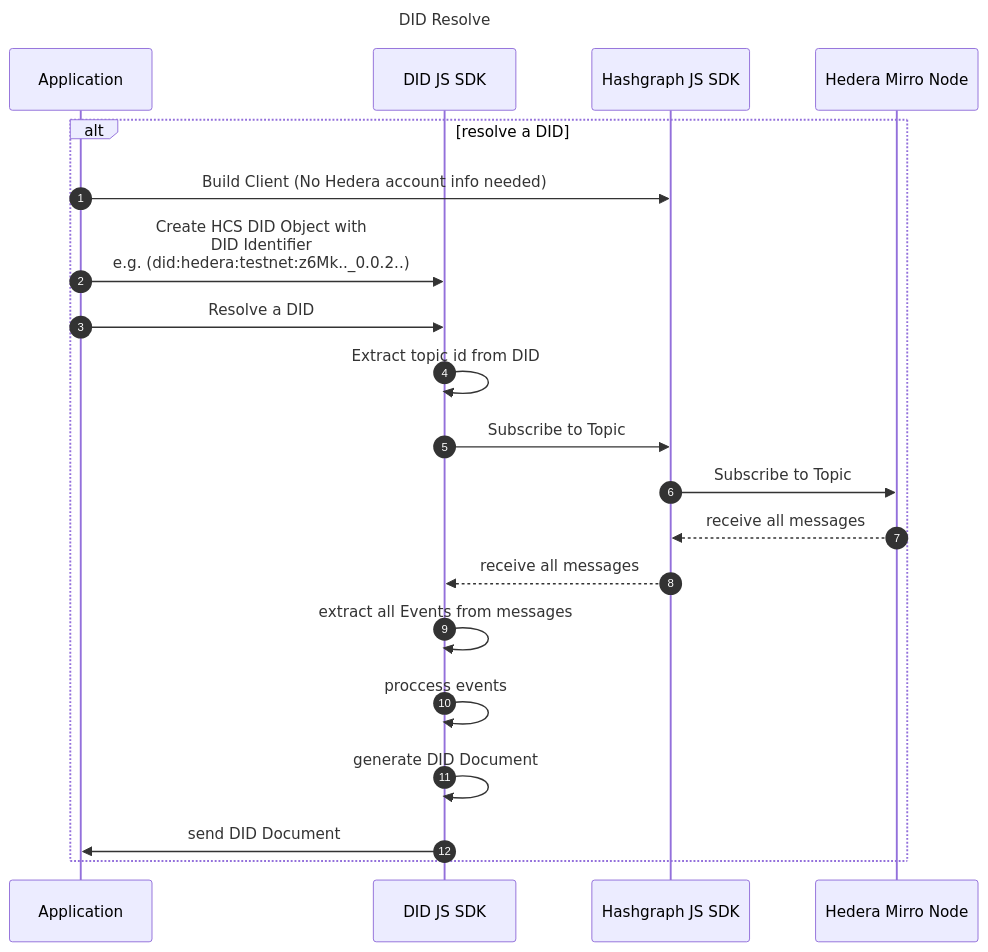
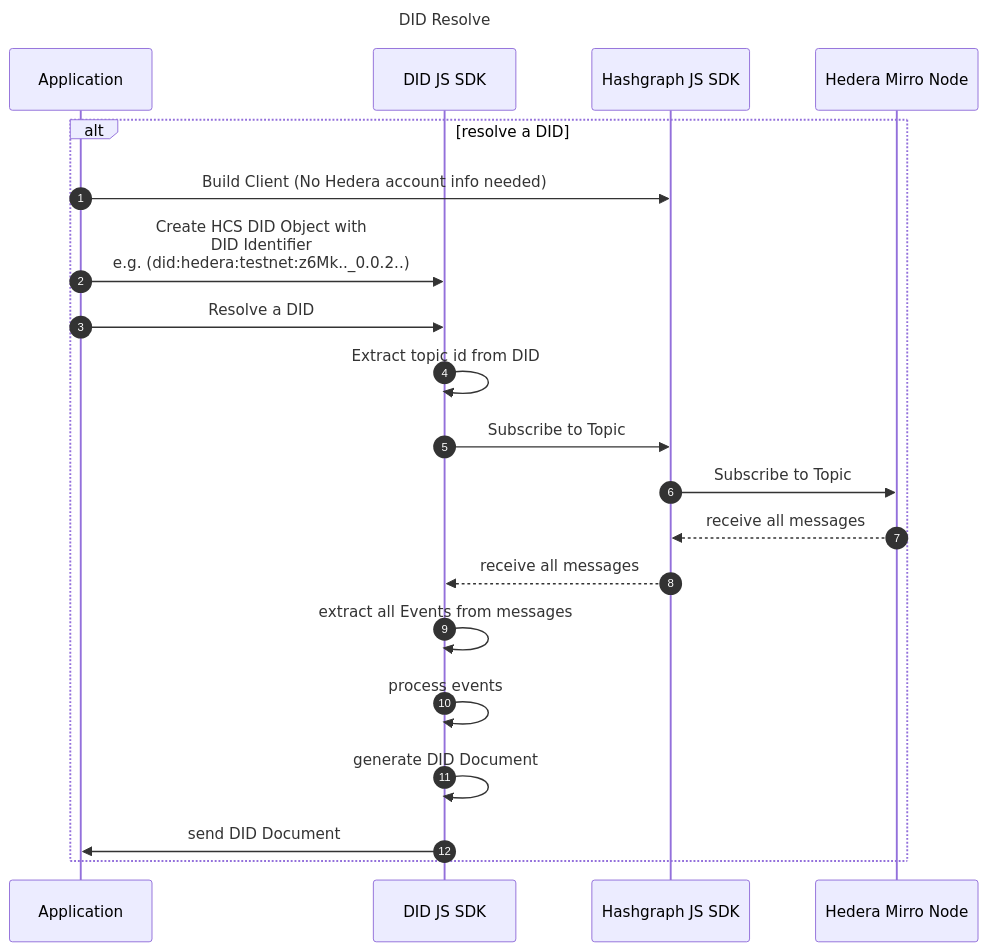
The diagram in documentation/sequence_diagram/did-resolve.mmd (hashgraph/did-sdk-js), drawn with Mermaid before and after one commit. The commit also changed 6 other files, not shown here.

```diff
--- a/documentation/sequence_diagram/did-resolve.mmd
+++ b/documentation/sequence_diagram/did-resolve.mmd
@@ -1,24 +1,24 @@
 sequenceDiagram
 Title: DID Resolve
   autonumber
   participant App as Application
   participant SDK as DID JS SDK
   participant HSDK as Hashgraph JS SDK
   participant HMN as Hedera Mirro Node
 
 
 alt resolve a DID
 App ->> HSDK: Build Client (No Hedera account info needed)
 
 App ->> SDK: Create HCS DID Object with <br> DID Identifier <br> e.g. (did:hedera:testnet:z6Mk.._0.0.2..)
 App ->> SDK: Resolve a DID
 SDK ->> SDK: Extract topic id from DID
 SDK ->> HSDK: Subscribe to Topic
 HSDK ->> HMN: Subscribe to Topic 
 HMN -->> HSDK: receive all messages
 HSDK -->> SDK: receive all messages
 SDK ->> SDK: extract all Events from messages
-SDK ->> SDK: proccess events
+SDK ->> SDK: process events
 SDK ->> SDK: generate DID Document
 SDK ->> App: send DID Document
 end
```
